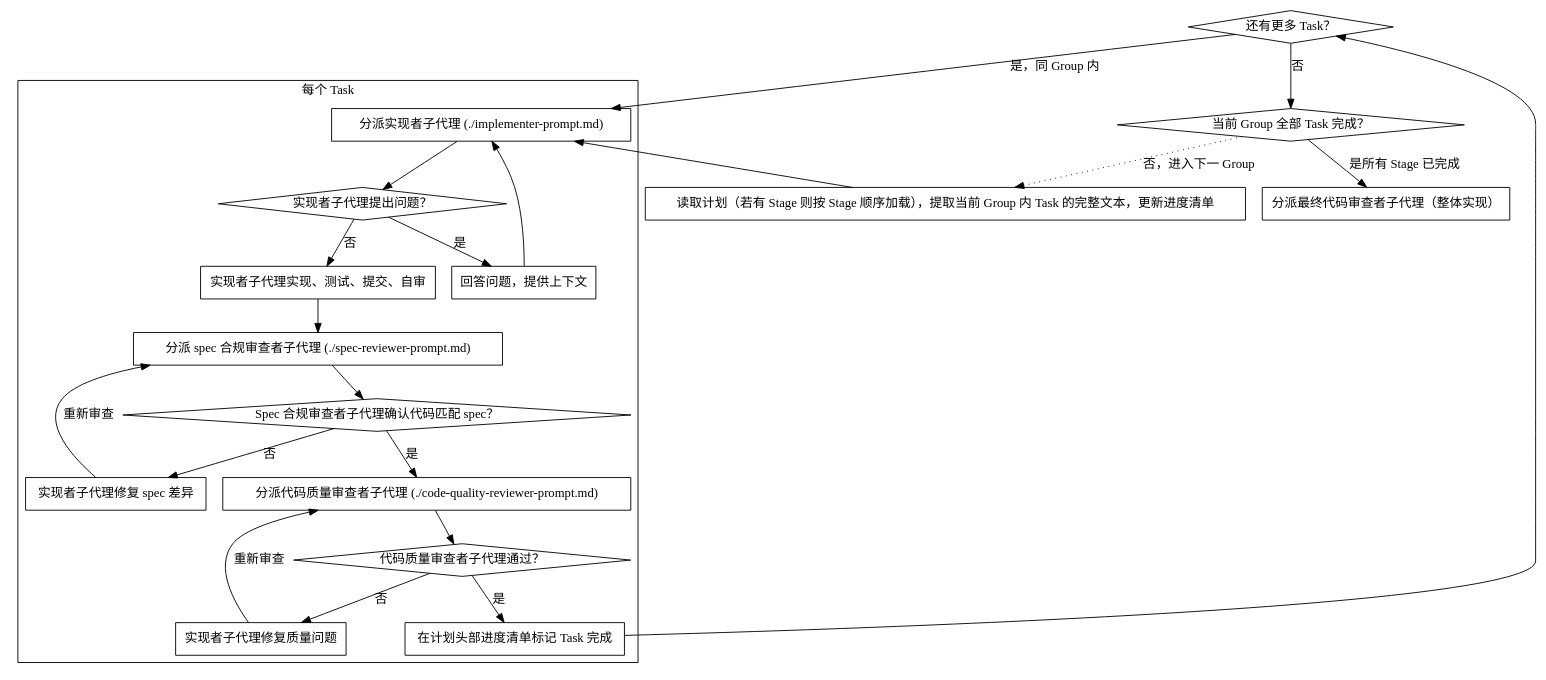
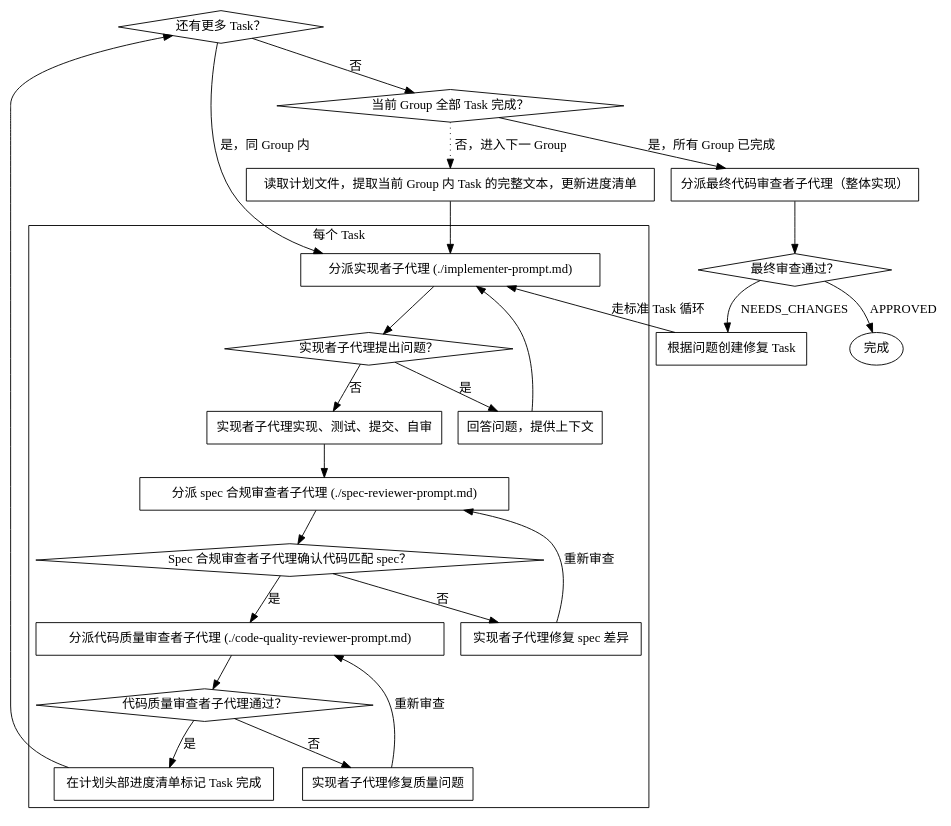
Before and after one commit to DawnMoon1542/agents-skills: the second of 2 diagrams in workflow/subagent-driven-development/SKILL.md, drawn with Graphviz. The commit also changed other lines of this file and 11 other files, not shown here.

````diff
--- a/workflow/subagent-driven-development/SKILL.md
+++ b/workflow/subagent-driven-development/SKILL.md
@@ -44,45 +48,52 @@
 ```dot
 digraph process {
     rankdir=TB;
 
     subgraph cluster_per_task {
         label="每个 Task";
         "分派实现者子代理 (./implementer-prompt.md)" [shape=box];
         "实现者子代理提出问题？" [shape=diamond];
         "回答问题，提供上下文" [shape=box];
         "实现者子代理实现、测试、提交、自审" [shape=box];
         "分派 spec 合规审查者子代理 (./spec-reviewer-prompt.md)" [shape=box];
         "Spec 合规审查者子代理确认代码匹配 spec？" [shape=diamond];
         "实现者子代理修复 spec 差异" [shape=box];
         "分派代码质量审查者子代理 (./code-quality-reviewer-prompt.md)" [shape=box];
         "代码质量审查者子代理通过？" [shape=diamond];
         "实现者子代理修复质量问题" [shape=box];
         "在计划头部进度清单标记 Task 完成" [shape=box];
     }
 
-    "读取计划（若有 Stage 则按 Stage 顺序加载），提取当前 Group 内 Task 的完整文本，更新进度清单" [shape=box];
+    "读取计划文件，提取当前 Group 内 Task 的完整文本，更新进度清单" [shape=box];
     "还有更多 Task？" [shape=diamond];
     "当前 Group 全部 Task 完成？" [shape=diamond];
     "分派最终代码审查者子代理（整体实现）" [shape=box];
 
-    "读取计划（若有 Stage 则按 Stage 顺序加载），提取当前 Group 内 Task 的完整文本，更新进度清单" -> "分派实现者子代理 (./implementer-prompt.md)";
+    "读取计划文件，提取当前 Group 内 Task 的完整文本，更新进度清单" -> "分派实现者子代理 (./implementer-prompt.md)";
     "分派实现者子代理 (./implementer-prompt.md)" -> "实现者子代理提出问题？";
     "实现者子代理提出问题？" -> "回答问题，提供上下文" [label="是"];
     "回答问题，提供上下文" -> "分派实现者子代理 (./implementer-prompt.md)";
     "实现者子代理提出问题？" -> "实现者子代理实现、测试、提交、自审" [label="否"];
     "实现者子代理实现、测试、提交、自审" -> "分派 spec 合规审查者子代理 (./spec-reviewer-prompt.md)";
     "分派 spec 合规审查者子代理 (./spec-reviewer-prompt.md)" -> "Spec 合规审查者子代理确认代码匹配 spec？";
     "Spec 合规审查者子代理确认代码匹配 spec？" -> "实现者子代理修复 spec 差异" [label="否"];
     "实现者子代理修复 spec 差异" -> "分派 spec 合规审查者子代理 (./spec-reviewer-prompt.md)" [label="重新审查"];
     "Spec 合规审查者子代理确认代码匹配 spec？" -> "分派代码质量审查者子代理 (./code-quality-reviewer-prompt.md)" [label="是"];
     "分派代码质量审查者子代理 (./code-quality-reviewer-prompt.md)" -> "代码质量审查者子代理通过？";
     "代码质量审查者子代理通过？" -> "实现者子代理修复质量问题" [label="否"];
     "实现者子代理修复质量问题" -> "分派代码质量审查者子代理 (./code-quality-reviewer-prompt.md)" [label="重新审查"];
     "代码质量审查者子代理通过？" -> "在计划头部进度清单标记 Task 完成" [label="是"];
     "在计划头部进度清单标记 Task 完成" -> "还有更多 Task？";
     "还有更多 Task？" -> "分派实现者子代理 (./implementer-prompt.md)" [label="是，同 Group 内"];
     "还有更多 Task？" -> "当前 Group 全部 Task 完成？" [label="否"];
-    "当前 Group 全部 Task 完成？" -> "读取计划（若有 Stage 则按 Stage 顺序加载），提取当前 Group 内 Task 的完整文本，更新进度清单" [label="否，进入下一 Group", style=dotted];
-    "当前 Group 全部 Task 完成？" -> "分派最终代码审查者子代理（整体实现）" [label="是所有 Stage 已完成"];
+    "当前 Group 全部 Task 完成？" -> "读取计划文件，提取当前 Group 内 Task 的完整文本，更新进度清单" [label="否，进入下一 Group", style=dotted];
+    "当前 Group 全部 Task 完成？" -> "分派最终代码审查者子代理（整体实现）" [label="是，所有 Group 已完成"];
+
+    "分派最终代码审查者子代理（整体实现）" -> "最终审查通过？" [shape=diamond];
+    "最终审查通过？" [shape=diamond];
+    "最终审查通过？" -> "完成" [label="APPROVED"];
+    "最终审查通过？" -> "根据问题创建修复 Task" [label="NEEDS_CHANGES"];
+    "根据问题创建修复 Task" [shape=box];
+    "根据问题创建修复 Task" -> "分派实现者子代理 (./implementer-prompt.md)" [label="走标准 Task 循环"];
 }
 ```
````
